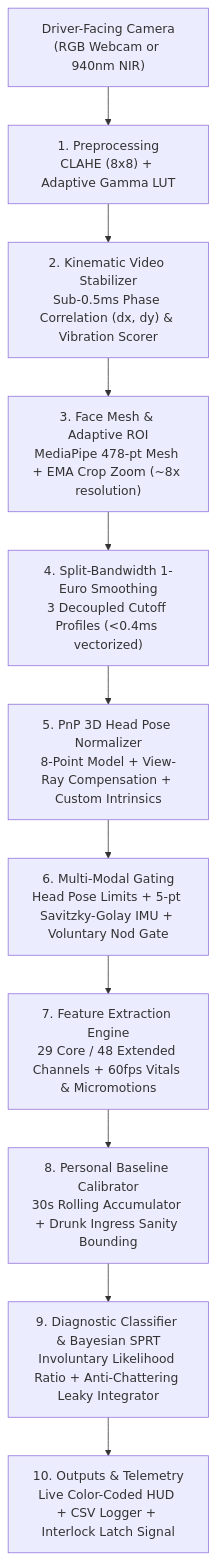
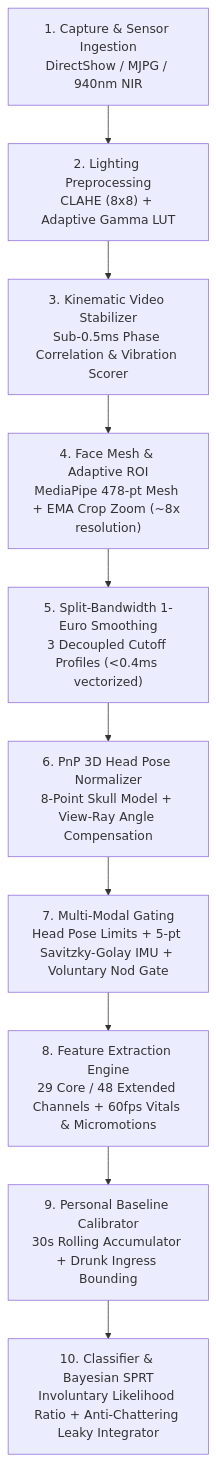
One commit to Thanos3541R/The_Overclocked changed the diagram in README.md. Above: the diagram before and after it, drawn with Mermaid. The commit also changed other lines of this file, not shown here.

Commit message:
docs: overhaul README with modern visual layout, anti-masking architecture, and 272-test suite metrics

````diff
--- a/README.md
+++ b/README.md
@@ -69,13 +146,12 @@
 ```mermaid
 flowchart TD
-    A["Driver-Facing Camera\n(RGB Webcam or 940nm NIR)"] --> B["1. Preprocessing\nCLAHE (8x8) + Adaptive Gamma LUT"]
-    B --> C["2. Kinematic Video Stabilizer\nSub-0.5ms Phase Correlation (dx, dy) & Vibration Scorer"]
-    C --> D["3. Face Mesh & Adaptive ROI\nMediaPipe 478-pt Mesh + EMA Crop Zoom (~8x resolution)"]
-    D --> E["4. Split-Bandwidth 1-Euro Smoothing\n3 Decoupled Cutoff Profiles (<0.4ms vectorized)"]
-    E --> F["5. PnP 3D Head Pose Normalizer\n8-Point Model + View-Ray Compensation + Custom Intrinsics"]
-    F --> G["6. Multi-Modal Gating\nHead Pose Limits + 5-pt Savitzky-Golay IMU + Voluntary Nod Gate"]
-    G --> H["7. Feature Extraction Engine\n29 Core / 48 Extended Channels + 60fps Vitals & Micromotions"]
-    H --> I["8. Personal Baseline Calibrator\n30s Rolling Accumulator + Drunk Ingress Sanity Bounding"]
-    I --> J["9. Diagnostic Classifier & Bayesian SPRT\nInvoluntary Likelihood Ratio + Anti-Chattering Leaky Integrator"]
-    J --> K["10. Outputs & Telemetry\nLive Color-Coded HUD + CSV Logger + Interlock Latch Signal"]
+    A["1. Capture & Sensor Ingestion\nDirectShow / MJPG / 940nm NIR"] --> B["2. Lighting Preprocessing\nCLAHE (8x8) + Adaptive Gamma LUT"]
+    B --> C["3. Kinematic Video Stabilizer\nSub-0.5ms Phase Correlation & Vibration Scorer"]
+    C --> D["4. Face Mesh & Adaptive ROI\nMediaPipe 478-pt Mesh + EMA Crop Zoom (~8x resolution)"]
+    D --> E["5. Split-Bandwidth 1-Euro Smoothing\n3 Decoupled Cutoff Profiles (<0.4ms vectorized)"]
+    E --> F["6. PnP 3D Head Pose Normalizer\n8-Point Skull Model + View-Ray Angle Compensation"]
+    F --> G["7. Multi-Modal Gating\nHead Pose Limits + 5-pt Savitzky-Golay IMU + Voluntary Nod Gate"]
+    G --> H["8. Feature Extraction Engine\n29 Core / 48 Extended Channels + 60fps Vitals & Micromotions"]
+    H --> I["9. Personal Baseline Calibrator\n30s Rolling Accumulator + Drunk Ingress Bounding"]
+    I --> J["10. Classifier & Bayesian SPRT\nInvoluntary Likelihood Ratio + Anti-Chattering Leaky Integrator"]
 ```
````
